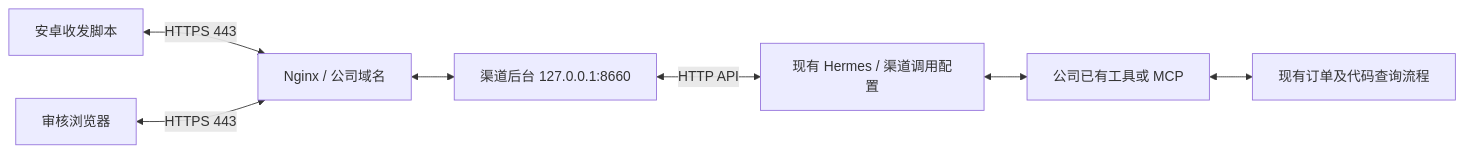
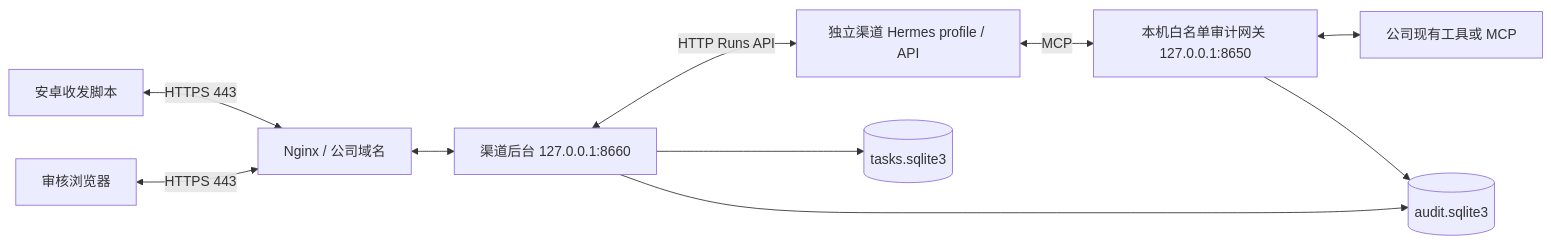
The diagram in deploy/README.md (chenhaitao888/wechat-android-poc), drawn with Mermaid before and after one commit. The commit also changed other lines of this file and 19 other files, not shown here.

````diff
--- a/deploy/README.md
+++ b/deploy/README.md
@@ -11,9 +11,12 @@
 ```mermaid
 flowchart LR
   P[安卓收发脚本] <-->|HTTPS 443| N[Nginx / 公司域名]
   R[审核浏览器] <-->|HTTPS 443| N
   N <--> B[渠道后台 127.0.0.1:8660]
-  B <-->|HTTP API| H[现有 Hermes / 渠道调用配置]
-  H <--> T[公司已有工具或 MCP]
-  T <--> D[现有订单及代码查询流程]
+  B <-->|HTTP Runs API| H[独立渠道 Hermes profile / API]
+  H <-->|MCP| G[本机白名单审计网关 127.0.0.1:8650]
+  G <--> T[公司现有工具或 MCP]
+  G --> A[(audit.sqlite3)]
+  B --> A
+  B --> D[(tasks.sqlite3)]
 ```
````
